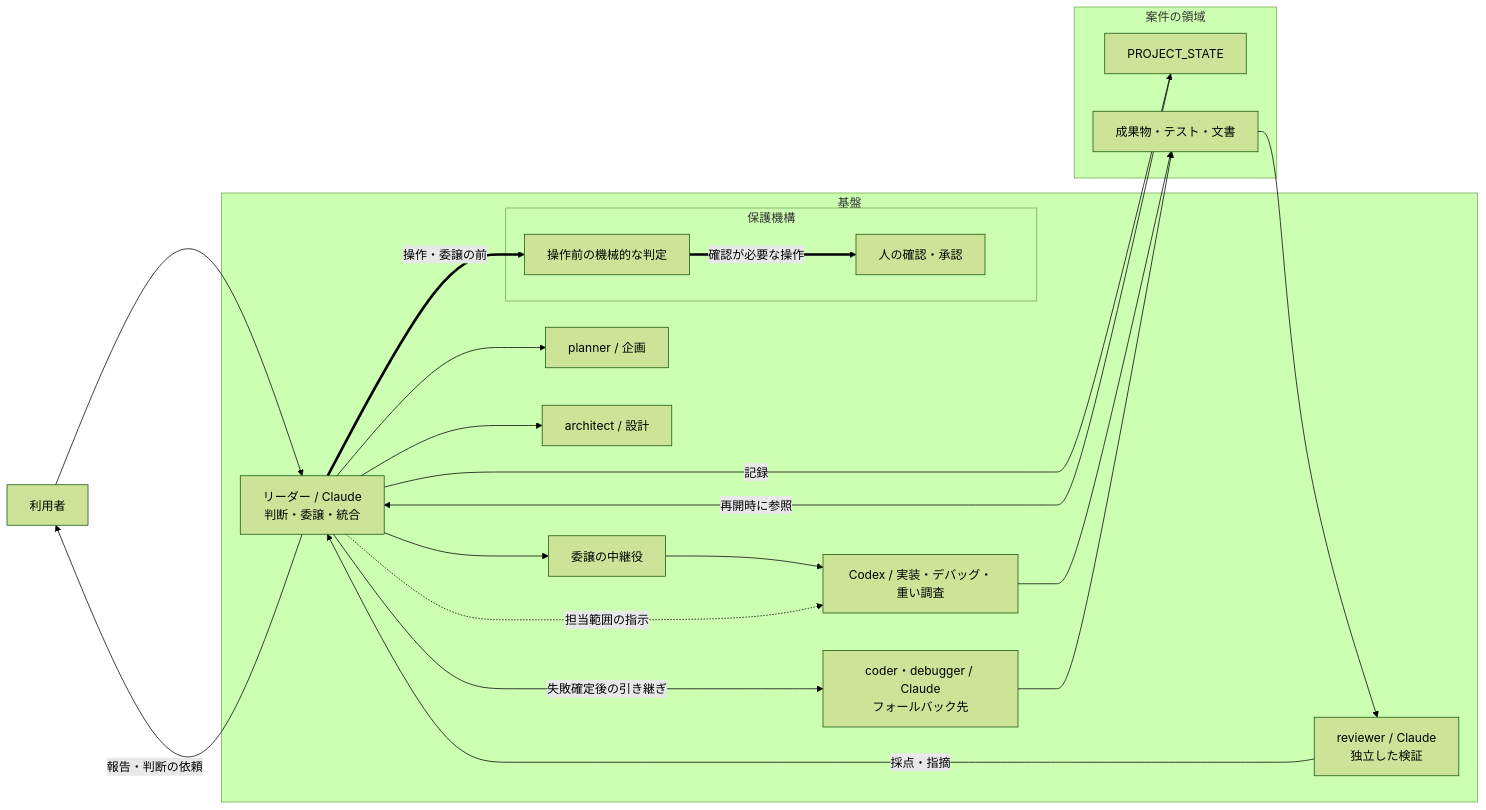
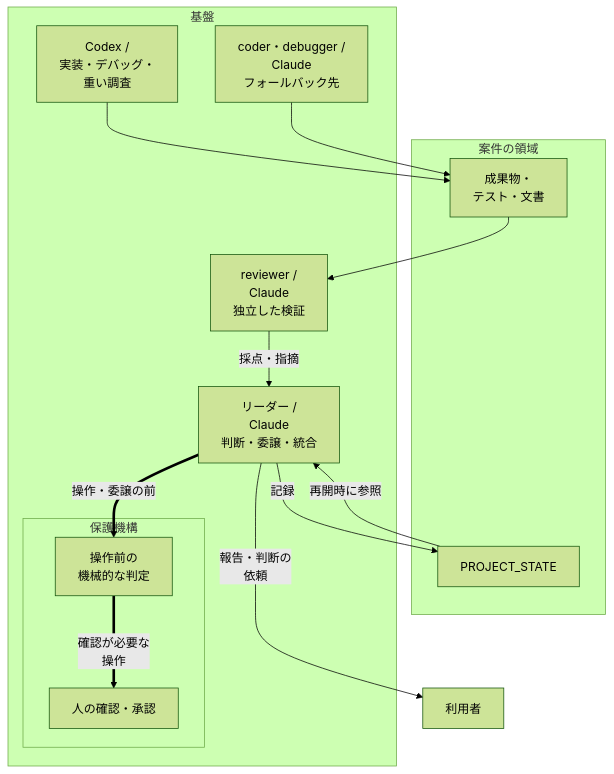
One commit to satellite1105/dev-factory-showcase changed the second of 4 diagrams in docs/architecture.md. Above: the diagram before and after it, drawn with Mermaid (forest theme). The commit also changed other lines of this file and 1 other file, not shown here.

Commit message:
Split the overview diagram and record the GitHub rendering check
Split the overview diagram in the architecture document into two
top-down diagrams, one for the request and delegation flow and one for
verification, records, safeguards and reporting, so it is not scaled
down in the default view. Every node, edge, line style, label and
group membership of the previous diagram is kept.

Mark the GitHub Mermaid rendering check as verified, scoped to the
previously published version and the environment it was checked in,
and state that the result does not cover the split diagrams.

````diff
--- a/docs/architecture.md
+++ b/docs/architecture.md
@@ -13,36 +37,27 @@
 ```mermaid
-flowchart LR
-    USER["利用者"] --> LEADER
+flowchart TB
+    subgraph PROJ["案件の領域"]
+        OUTPUT["成果物・<br/>テスト・文書"]
+        STATE["PROJECT_STATE"]
+    end
     subgraph FACTORY["基盤"]
-        LEADER["リーダー / Claude<br/>判断・委譲・統合"]
-        PLANNER["planner / 企画"]
-        ARCHITECT["architect / 設計"]
-        RELAY["委譲の中継役"]
-        CODEX["Codex / 実装・デバッグ・重い調査"]
-        FB["coder・debugger / Claude<br/>フォールバック先"]
-        REVIEWER["reviewer / Claude<br/>独立した検証"]
+        CODEX["Codex /<br/>実装・デバッグ・<br/>重い調査"]
+        FB["coder・debugger /<br/>Claude<br/>フォールバック先"]
+        REVIEWER["reviewer /<br/>Claude<br/>独立した検証"]
+        LEADER["リーダー /<br/>Claude<br/>判断・委譲・統合"]
         subgraph GUARD["保護機構"]
-            CHECK["操作前の機械的な判定"]
+            CHECK["操作前の<br/>機械的な判定"]
             HUMAN["人の確認・承認"]
         end
     end
-    subgraph PROJ["案件の領域"]
-        STATE["PROJECT_STATE"]
-        OUTPUT["成果物・テスト・文書"]
-    end
-    LEADER --> PLANNER
-    LEADER --> ARCHITECT
-    LEADER --> RELAY
-    RELAY --> CODEX
-    LEADER -.->|"担当範囲の指示"| CODEX
-    LEADER -->|"失敗確定後の引き継ぎ"| FB
+    USER["利用者"]
     CODEX --> OUTPUT
     FB --> OUTPUT
     OUTPUT --> REVIEWER
     REVIEWER -->|"採点・指摘"| LEADER
     LEADER -->|"記録"| STATE
     STATE -->|"再開時に参照"| LEADER
     LEADER ==>|"操作・委譲の前"| CHECK
-    CHECK ==>|"確認が必要な操作"| HUMAN
-    LEADER -->|"報告・判断の依頼"| USER
+    CHECK ==>|"確認が必要な<br/>操作"| HUMAN
+    LEADER --->|"報告・判断の<br/>依頼"| USER
 ```
````
